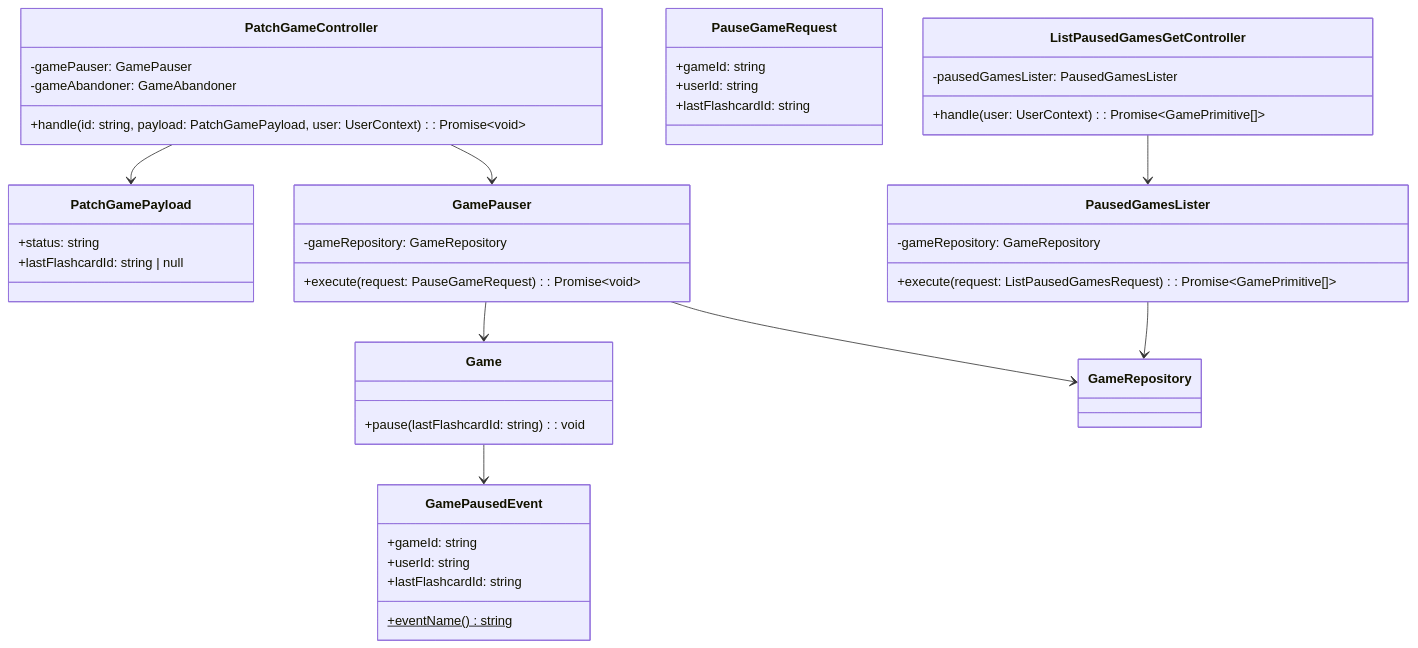
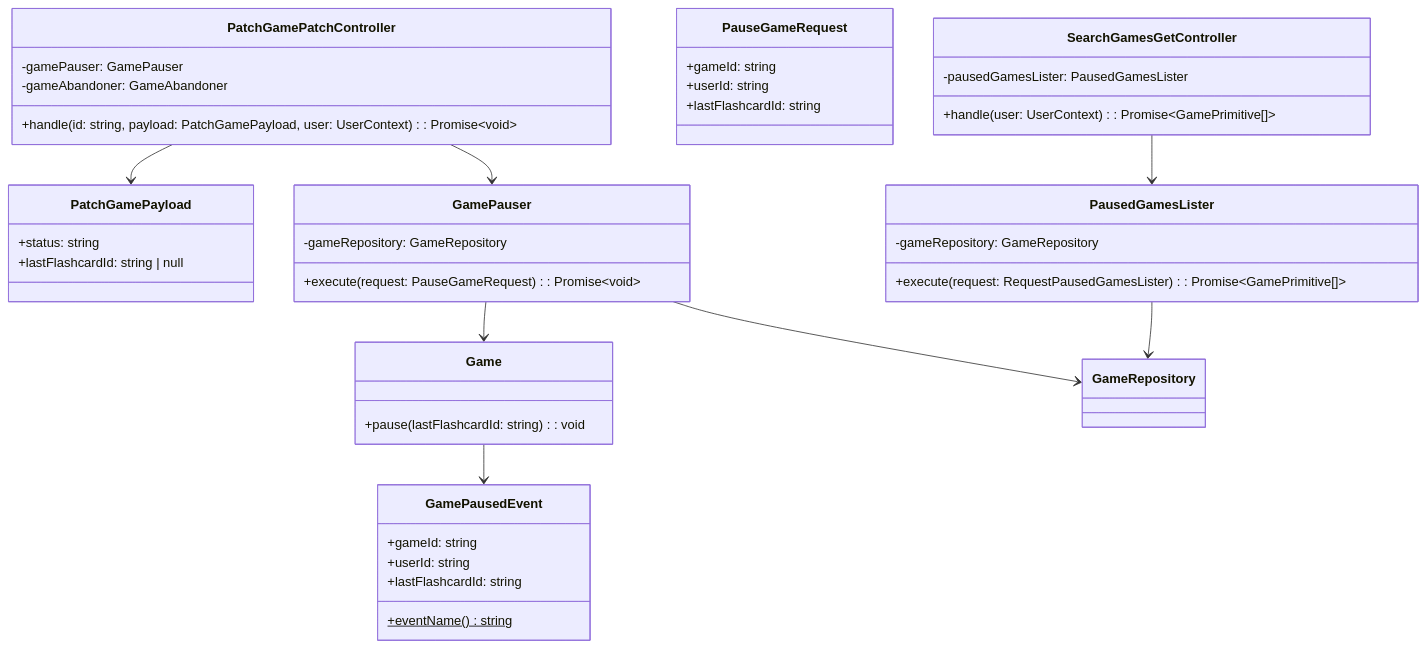
Before and after one commit to AbrahamVilchesDeLaCruz/ididntcatchthat: the diagram in docs/apps/api/gaming/pause/classes.md, drawn with Mermaid. The commit also changed 623 other files, not shown here.

````diff
--- a/docs/apps/api/gaming/pause/classes.md
+++ b/docs/apps/api/gaming/pause/classes.md
@@ -3,53 +3,53 @@
 ```mermaid
 classDiagram
-    class PatchGameController {
+    class PatchGamePatchController {
         -gamePauser: GamePauser
         -gameAbandoner: GameAbandoner
         +handle(id: string, payload: PatchGamePayload, user: UserContext): Promise~void~
     }
 
     class PatchGamePayload {
         +status: string
         +lastFlashcardId: string | null
     }
 
     class GamePauser {
         -gameRepository: GameRepository
         +execute(request: PauseGameRequest): Promise~void~
     }
 
     class PauseGameRequest {
         +gameId: string
         +userId: string
         +lastFlashcardId: string
     }
 
     class PausedGamesLister {
         -gameRepository: GameRepository
-        +execute(request: ListPausedGamesRequest): Promise~GamePrimitive[]~
+        +execute(request: RequestPausedGamesLister): Promise~GamePrimitive[]~
     }
 
-    class ListPausedGamesGetController {
+    class SearchGamesGetController {
         -pausedGamesLister: PausedGamesLister
         +handle(user: UserContext): Promise~GamePrimitive[]~
     }
 
     class Game {
         +pause(lastFlashcardId: string): void
     }
 
     class GamePausedEvent {
         +eventName()$ string
         +gameId: string
         +userId: string
         +lastFlashcardId: string
     }
 
-    PatchGameController --> GamePauser
-    PatchGameController --> PatchGamePayload
+    PatchGamePatchController --> GamePauser
+    PatchGamePatchController --> PatchGamePayload
     GamePauser --> GameRepository
     GamePauser --> Game
     Game --> GamePausedEvent
-    ListPausedGamesGetController --> PausedGamesLister
+    SearchGamesGetController --> PausedGamesLister
     PausedGamesLister --> GameRepository
 ```
````
